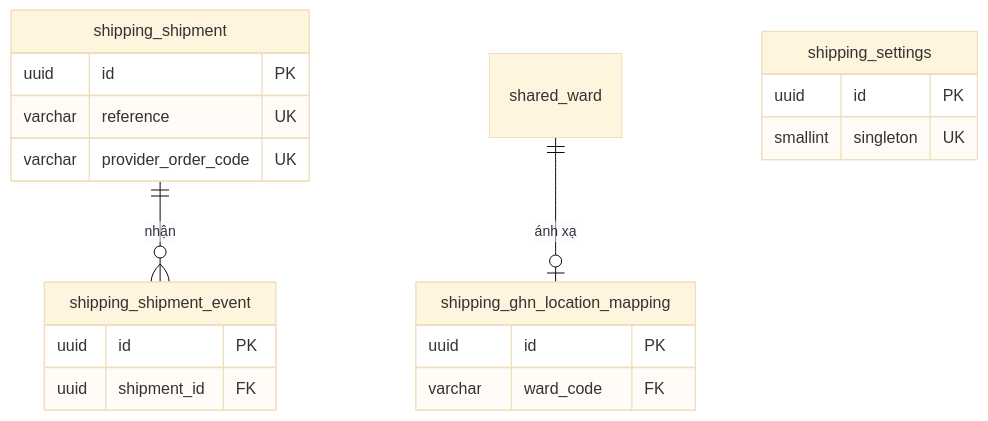
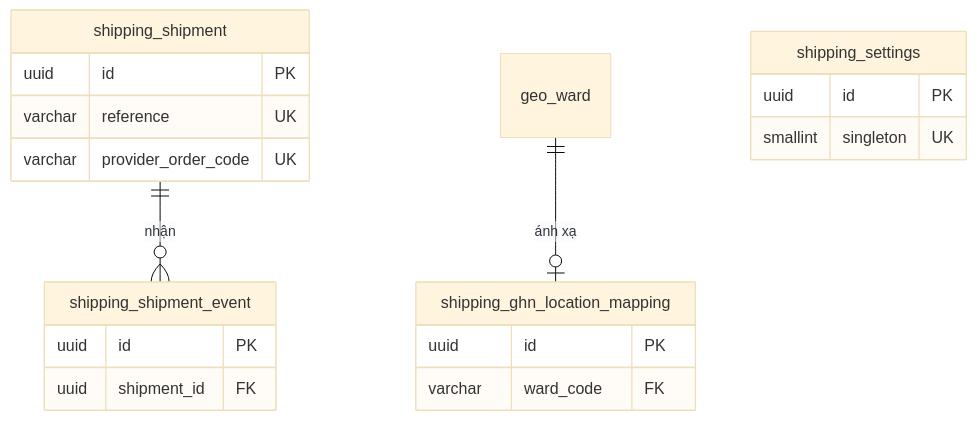
The eighth of 10 diagrams in docs/architecture/03-data-model.md (LuongCongThanh/fashion-store-backend), drawn with Mermaid (base theme) before and after one commit. The commit also changed other lines of this file and 17 other files, not shown here.

Commit message:
docs(architecture): align docs with ADR 0018 target layout and fix broken anchors

````diff
--- a/docs/architecture/03-data-model.md
+++ b/docs/architecture/03-data-model.md
@@ -1020,22 +1020,22 @@
 ```mermaid
 erDiagram
     shipping_shipment ||--o{ shipping_shipment_event : "nhận"
-    shared_ward ||--o| shipping_ghn_location_mapping : "ánh xạ"
+    geo_ward ||--o| shipping_ghn_location_mapping : "ánh xạ"
     shipping_shipment {
         uuid id PK
         varchar reference UK
         varchar provider_order_code UK
     }
     shipping_shipment_event {
         uuid id PK
         uuid shipment_id FK
     }
     shipping_ghn_location_mapping {
         uuid id PK
         varchar ward_code FK
     }
     shipping_settings {
         uuid id PK
         smallint singleton UK
     }
 ```
````
